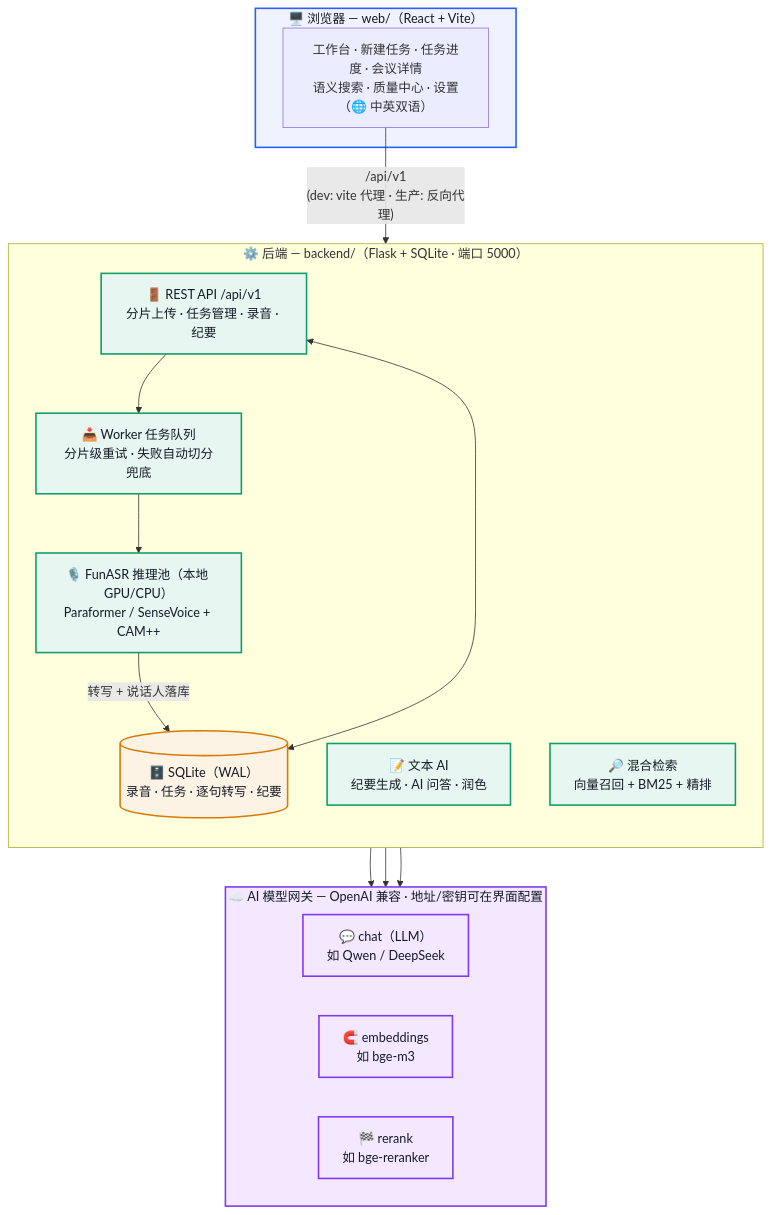
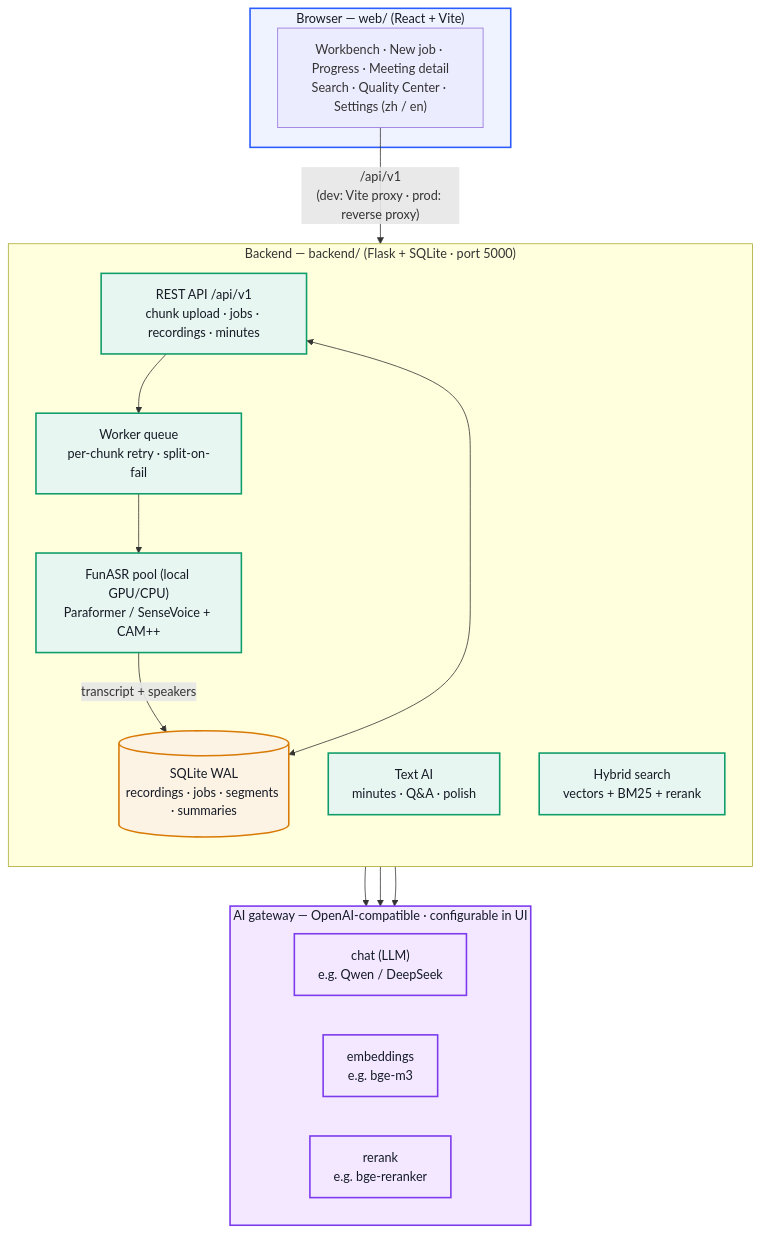
Before and after one commit to loyu123/meetscribe: the diagram in README.md, drawn with Mermaid. The commit also changed other lines of this file, not shown here.

````diff
--- a/README.md
+++ b/README.md
@@ -29,41 +33,41 @@
 ```mermaid
 flowchart TB
-    subgraph BROWSER["🖥️ 浏览器 — web/（React + Vite）"]
-        UI["工作台 · 新建任务 · 任务进度 · 会议详情<br/>语义搜索 · 质量中心 · 设置（🌐 中英双语）"]
+    subgraph BROWSER["Browser — web/ (React + Vite)"]
+        UI["Workbench · New job · Progress · Meeting detail<br/>Search · Quality Center · Settings (zh / en)"]
     end
 
-    subgraph SERVER["⚙️ 后端 — backend/（Flask + SQLite · 端口 5000）"]
+    subgraph SERVER["Backend — backend/ (Flask + SQLite · port 5000)"]
         direction TB
-        API["🚪 REST API /api/v1<br/>分片上传 · 任务管理 · 录音 · 纪要"]
-        QUEUE["📥 Worker 任务队列<br/>分片级重试 · 失败自动切分兜底"]
-        INFER["🎙️ FunASR 推理池（本地 GPU/CPU）<br/>Paraformer / SenseVoice + CAM++"]
-        DB[("🗄️ SQLite（WAL）<br/>录音 · 任务 · 逐句转写 · 纪要")]
-        AI["📝 文本 AI<br/>纪要生成 · AI 问答 · 润色"]
-        SEARCH["🔎 混合检索<br/>向量召回 + BM25 + 精排"]
+        API["REST API /api/v1<br/>chunk upload · jobs · recordings · minutes"]
+        QUEUE["Worker queue<br/>per-chunk retry · split-on-fail"]
+        INFER["FunASR pool (local GPU/CPU)<br/>Paraformer / SenseVoice + CAM++"]
+        DB[("SQLite WAL<br/>recordings · jobs · segments · summaries")]
+        AI["Text AI<br/>minutes · Q&A · polish"]
+        SEARCH["Hybrid search<br/>vectors + BM25 + rerank"]
     end
 
-    subgraph GATEWAY["☁️ AI 模型网关 — OpenAI 兼容 · 地址/密钥可在界面配置"]
+    subgraph GATEWAY["AI gateway — OpenAI-compatible · configurable in UI"]
         direction LR
-        LLM["💬 chat（LLM）<br/>如 Qwen / DeepSeek"]
-        EMB["🧲 embeddings<br/>如 bge-m3"]
-        RER["🏁 rerank<br/>如 bge-reranker"]
+        LLM["chat (LLM)<br/>e.g. Qwen / DeepSeek"]
+        EMB["embeddings<br/>e.g. bge-m3"]
+        RER["rerank<br/>e.g. bge-reranker"]
     end
 
-    UI -- "/api/v1<br/>(dev: vite 代理 · 生产: 反向代理)" --> API
+    UI -- "/api/v1<br/>(dev: Vite proxy · prod: reverse proxy)" --> API
     API --> QUEUE --> INFER
-    INFER -- "转写 + 说话人落库" --> DB
+    INFER -- "transcript + speakers" --> DB
     API <--> DB
     AI --> LLM
     SEARCH --> EMB
     SEARCH --> RER
 
     classDef browser fill:#eef3ff,stroke:#2b5cff,stroke-width:2px,color:#151a26
     classDef backend fill:#e7f6f0,stroke:#0f9d6b,stroke-width:2px,color:#151a26
     classDef data fill:#fdf3e4,stroke:#d97a06,stroke-width:2px,color:#151a26
     classDef cloud fill:#f3e8ff,stroke:#7c3aed,stroke-width:2px,color:#151a26
 
     class BROWSER browser
     class API,QUEUE,INFER,AI,SEARCH backend
     class DB data
     class GATEWAY,LLM,EMB,RER cloud
 ```
````
